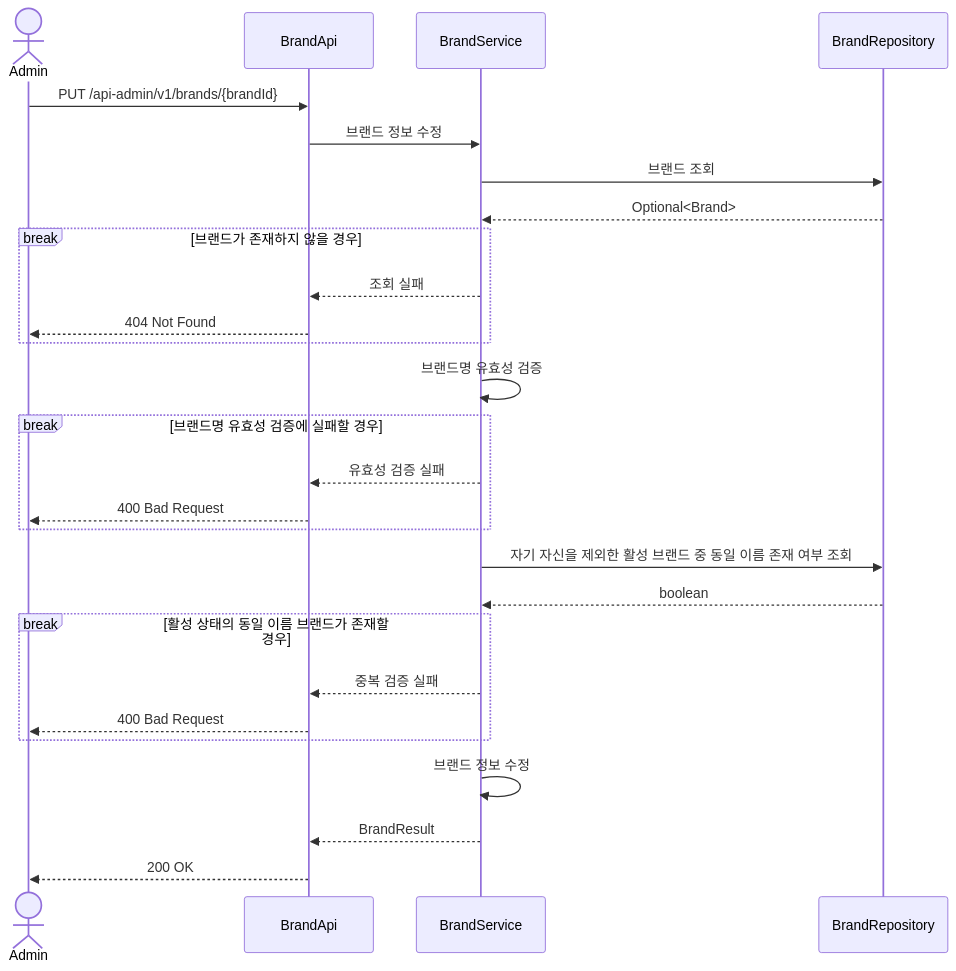
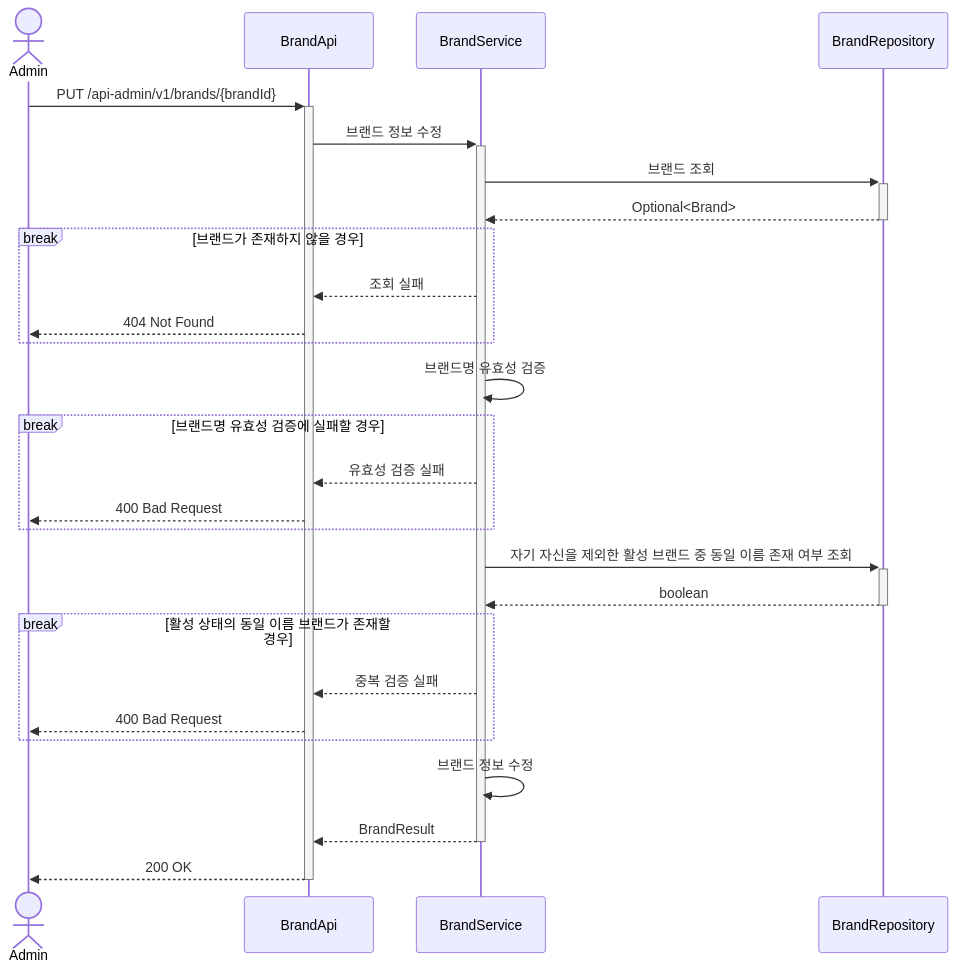
One commit to Loopers-dev-lab/loop-pack-be-l2-vol3-java changed the sixth of 23 diagrams in .docs/design/02-sequence-diagrams.md. Above: the diagram before and after it, drawn with Mermaid. The commit also changed other lines of this file, not shown here.

Commit message:
docs: 시퀀스 다이어그램에 액티베이션바 추가

````diff
--- a/.docs/design/02-sequence-diagrams.md
+++ b/.docs/design/02-sequence-diagrams.md
@@ -199,36 +203,36 @@
 ```mermaid
 sequenceDiagram
     actor Admin
     participant BrandApi
     participant BrandService
     participant BrandRepository
 
-    Admin ->> BrandApi: PUT /api-admin/v1/brands/{brandId}
-    BrandApi ->> BrandService: 브랜드 정보 수정
-    BrandService ->> BrandRepository: 브랜드 조회
-    BrandRepository -->> BrandService: Optional<Brand>
+    Admin ->>+ BrandApi: PUT /api-admin/v1/brands/{brandId}
+    BrandApi ->>+ BrandService: 브랜드 정보 수정
+    BrandService ->>+ BrandRepository: 브랜드 조회
+    BrandRepository -->>- BrandService: Optional<Brand>
 
     break 브랜드가 존재하지 않을 경우
         BrandService -->> BrandApi: 조회 실패
         BrandApi -->> Admin: 404 Not Found
     end
 
     BrandService ->> BrandService: 브랜드명 유효성 검증
 
     break 브랜드명 유효성 검증에 실패할 경우
         BrandService -->> BrandApi: 유효성 검증 실패
         BrandApi -->> Admin: 400 Bad Request
     end
 
-    BrandService ->> BrandRepository: 자기 자신을 제외한 활성 브랜드 중 동일 이름 존재 여부 조회
-    BrandRepository -->> BrandService: boolean
+    BrandService ->>+ BrandRepository: 자기 자신을 제외한 활성 브랜드 중 동일 이름 존재 여부 조회
+    BrandRepository -->>- BrandService: boolean
 
     break 활성 상태의 동일 이름 브랜드가 존재할 경우
         BrandService -->> BrandApi: 중복 검증 실패
         BrandApi -->> Admin: 400 Bad Request
     end
 
     BrandService ->> BrandService: 브랜드 정보 수정
-    BrandService -->> BrandApi: BrandResult
-    BrandApi -->> Admin: 200 OK
+    BrandService -->>- BrandApi: BrandResult
+    BrandApi -->>- Admin: 200 OK
 ```
````
